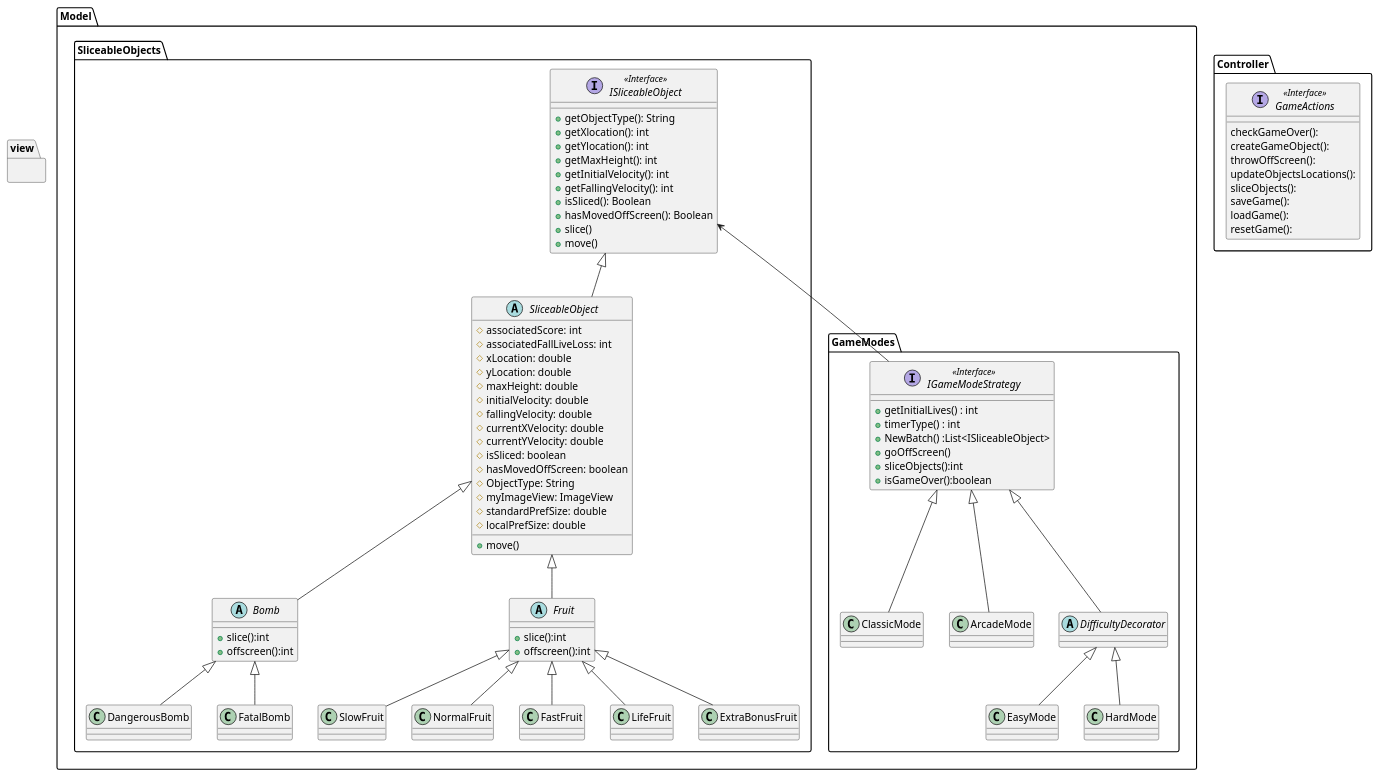
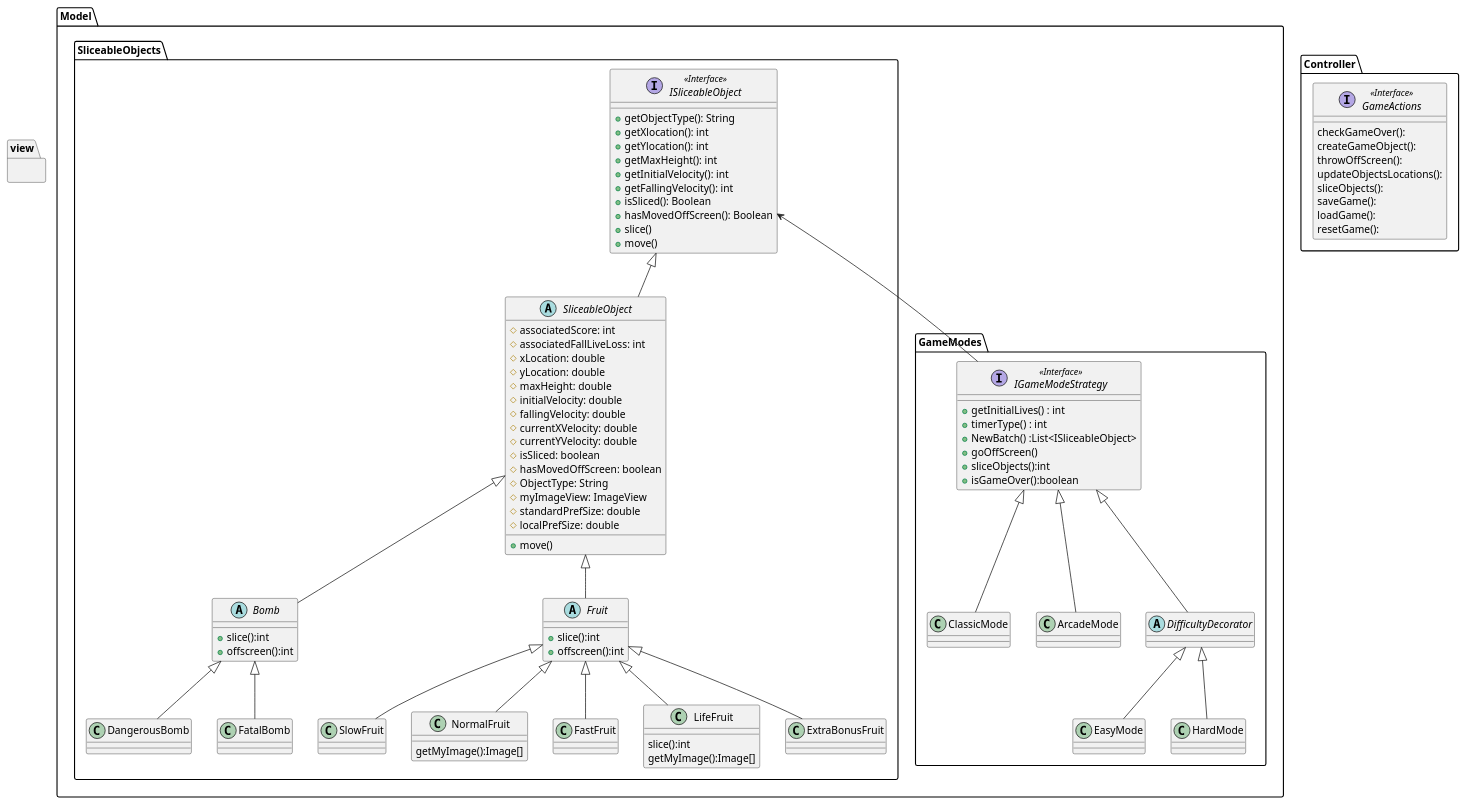
Before and after one commit to zixa5824/FruitNinja: the diagram in Fruit-Ninja-class.puml, drawn with PlantUML. The commit also changed 7 other files, not shown here.

```diff
--- a/Fruit-Ninja-class.puml
+++ b/Fruit-Ninja-class.puml
@@ -1,111 +1,133 @@
 @startuml
 package Model{
 package SliceableObjects {
 
     interface ISliceableObject <<Interface>>{
         +getObjectType(): String
         +getXlocation(): int
         +getYlocation(): int
         +getMaxHeight(): int
         +getInitialVelocity(): int
         +getFallingVelocity(): int
         +isSliced(): Boolean
         +hasMovedOffScreen(): Boolean
         +slice()
         +move()
 
     }
 
 
     abstract class Bomb {
         +slice():int
         +offscreen():int
     }
     abstract class Fruit{
         +slice():int
         +offscreen():int
         }
 
     abstract class SliceableObject {
 
         #associatedScore: int
         #associatedFallLiveLoss: int
         #xLocation: double
         #yLocation: double
         #maxHeight: double
         #initialVelocity: double
         #fallingVelocity: double
         #currentXVelocity: double
         #currentYVelocity: double
         #isSliced: boolean
         #hasMovedOffScreen: boolean
         #ObjectType: String
         #myImageView: ImageView
         #standardPrefSize: double
         #localPrefSize: double
 
         +move()
 
         }
 
     ISliceableObject <|-- SliceableObject
 
     SliceableObject <|-- Fruit
     SliceableObject <|--  Bomb
+
+    Class SlowFruit {
+
+    }
+
+    Class NormalFruit{
+        getMyImage():Image[]
+    }
+
+    Class FastFruit{
+
+    }
+
+    Class LifeFruit{
+        slice():int
+        getMyImage():Image[]
+    }
+
+    Class ExtraBonusFruit{
+
+    }
+
 
     Fruit <|-- SlowFruit
     Fruit <|-- NormalFruit
     Fruit <|-- FastFruit
     Fruit <|-- LifeFruit
     Fruit <|-- ExtraBonusFruit
 
     Bomb <|-- DangerousBomb
     Bomb <|-- FatalBomb
 
 
 }
 package GameModes {
 interface IGameModeStrategy <<Interface>> {
     +getInitialLives() : int
     +timerType() : int
     +NewBatch() :List<ISliceableObject>
     +goOffScreen()
     +sliceObjects():int
     +isGameOver():boolean
 }
 
 IGameModeStrategy <|-- ClassicMode
 IGameModeStrategy <|-- ArcadeMode
 
 abstract class DifficultyDecorator
 
 IGameModeStrategy <|-- DifficultyDecorator
 
 DifficultyDecorator <|-- EasyMode
 DifficultyDecorator <|-- HardMode
 
 
 }
 
 ISliceableObject <-- IGameModeStrategy
 }
 
 
 
 package Controller {
     interface GameActions <<Interface>> {
     checkGameOver():
     createGameObject():
     throwOffScreen():
     updateObjectsLocations():
     sliceObjects():
     saveGame():
     loadGame():
     resetGame():
     }
 
 }
 
 package view {
 }
 @enduml
```
